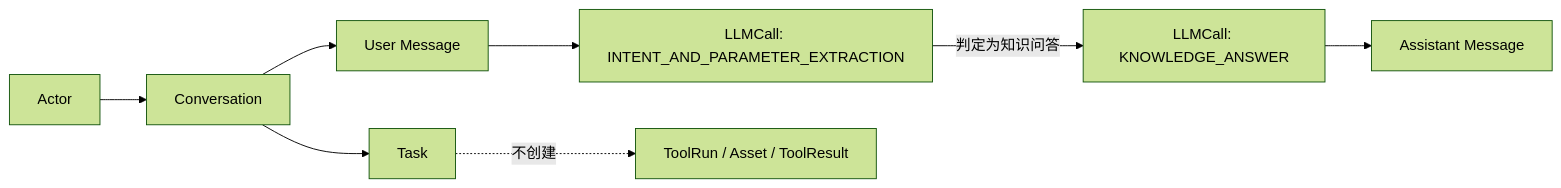
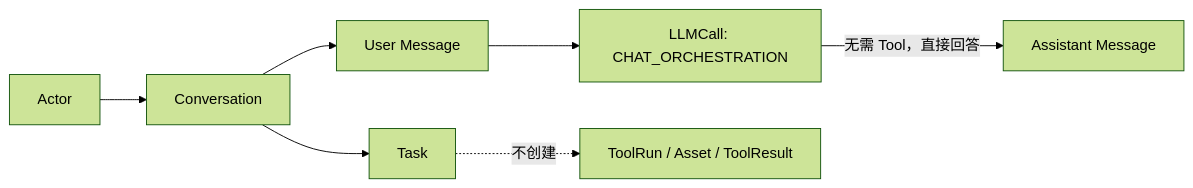
The second of 4 diagrams in docs/superpowers/specs/2026-07-16-sem-mvp-stage-0-core-data-model-logical-database-design.md (hajidie/materials-agent), drawn with Mermaid (forest theme) before and after one commit. The commit also changed other lines of this file and 4 other files, not shown here.

```diff
--- a/docs/superpowers/specs/2026-07-16-sem-mvp-stage-0-core-data-model-logical-database-design.md
+++ b/docs/superpowers/specs/2026-07-16-sem-mvp-stage-0-core-data-model-logical-database-design.md
@@ -168,10 +223,9 @@
 ~~~mermaid
 flowchart LR
     A["Actor"] --> C["Conversation"]
     C --> U["User Message"]
     C --> T["Task"]
-    U --> I["LLMCall: INTENT_AND_PARAMETER_EXTRACTION"]
-    I -->|"判定为知识问答"| L["LLMCall: KNOWLEDGE_ANSWER"]
-    L --> M["Assistant Message"]
+    U --> L["LLMCall: CHAT_ORCHESTRATION"]
+    L -->|"无需 Tool，直接回答"| M["Assistant Message"]
     T -. "不创建" .-> X["ToolRun / Asset / ToolResult"]
 ~~~
```
